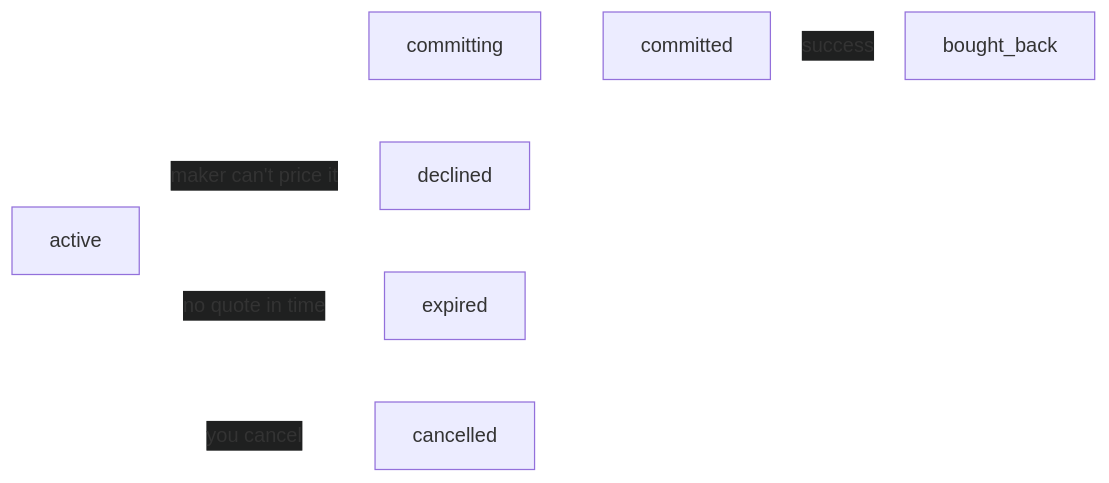
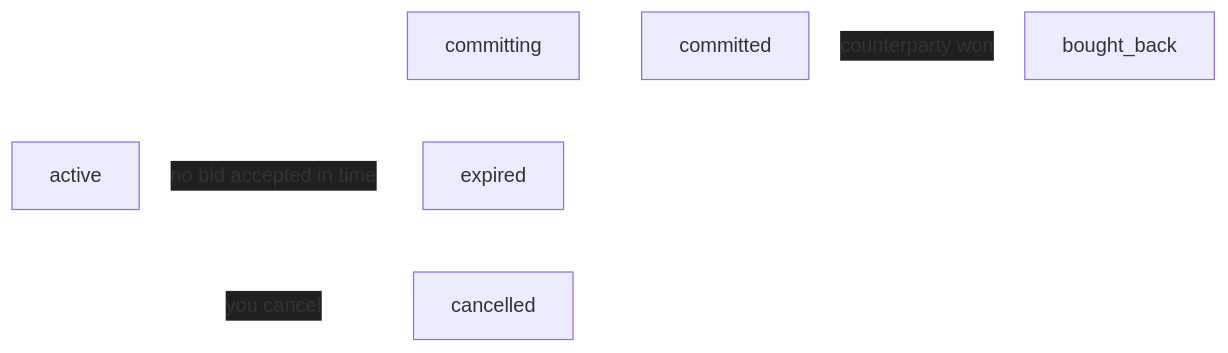
The second of 2 diagrams in guides/lifecycle.mdx (totalistrading/docs), drawn with Mermaid before and after one commit. The commit also changed other lines of this file and 23 other files, not shown here.

````diff
--- a/guides/lifecycle.mdx
+++ b/guides/lifecycle.mdx
@@ -91,9 +91,8 @@
 ```mermaid
 %%{init: {'themeVariables': {'edgeLabelBackground': '#1f2020', 'primaryTextColor': '#ffffff', 'lineColor': '#ffffff', 'primaryBorderColor': '#ffffff'}}}%%
 flowchart LR
     active --> committing --> committed
-    committed -. success .-> bought_back
-    active -- maker can't price it --> declined
-    active -- no quote in time --> expired
+    committed -. counterparty won .-> bought_back
+    active -- no bid accepted in time --> expired
     active -- you cancel --> cancelled
 ```
````
